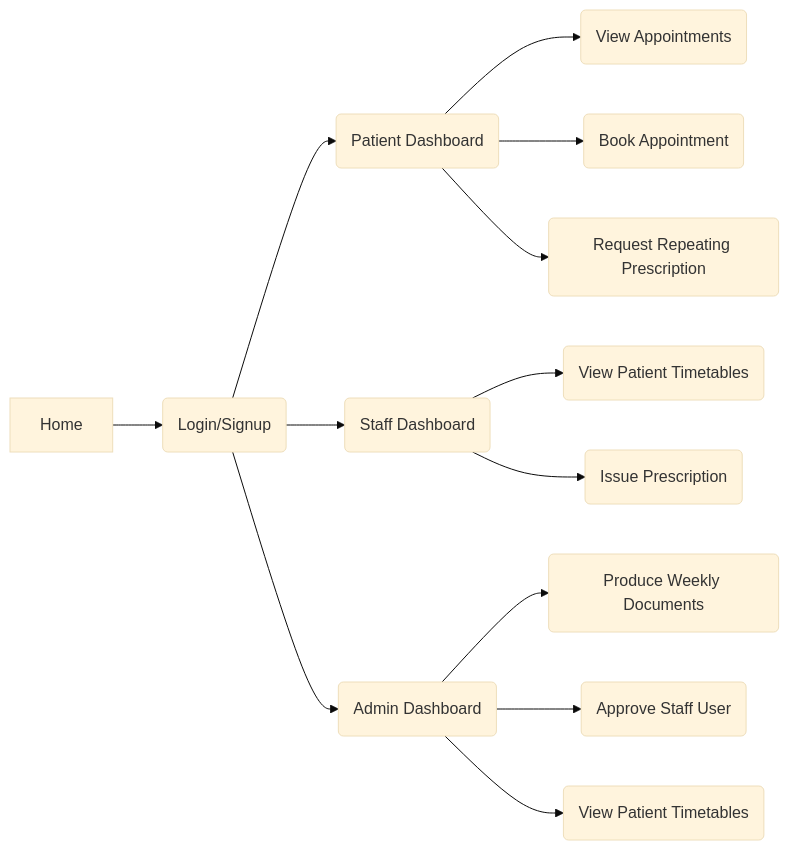
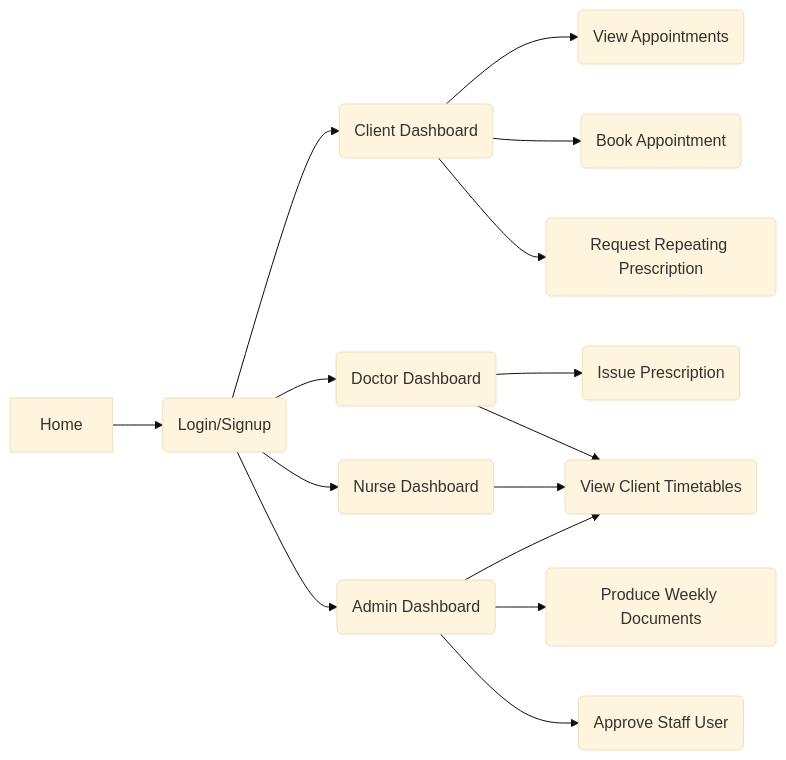
One commit to YatesyTea/esd8SmartCare changed the diagram in documents/prepDoc.md. Above: the diagram before and after it, drawn with Mermaid (base theme). The commit also changed other lines of this file, not shown here.

````diff
--- a/documents/prepDoc.md
+++ b/documents/prepDoc.md
@@ -238,18 +326,22 @@
 ```mermaid
 graph LR
 a[Home] --> b1(Login/Signup)
 	
-	b1 --> c1(Patient Dashboard)
+	b1 --> c1(Client Dashboard)
 		c1 --> pd1(View Appointments)
 		c1 --> pd2(Book Appointment)
 		c1 --> pd3(Request Repeating Prescription)
 		
-	b1 --> c2(Staff Dashboard)
-		c2 --> sd1(View Patient Timetables)
+	b1 --> c2(Doctor Dashboard)
 		c2 --> sd2(Issue Prescription)
+		c2 --> sd1(View Client Timetables)
+
+		
+	b1 --> c4(Nurse Dashboard)
+		c4 --> sd1(View Client Timetables)
 		
 	b1 --> c3(Admin Dashboard)
 		c3 --> ad1(Produce Weekly Documents)
 		c3 --> ad2(Approve Staff User)
-		c3 --> ad3(View Patient Timetables)
+		c3 --> sd1(View Client Timetables)
 ```
````
